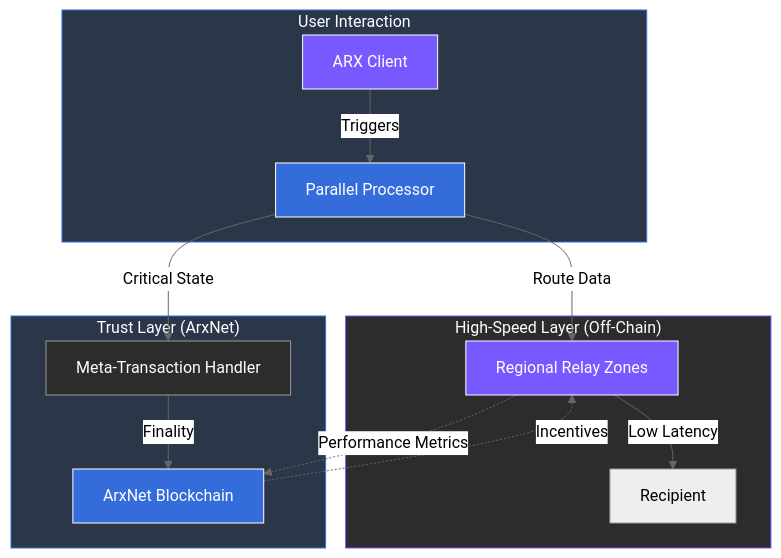
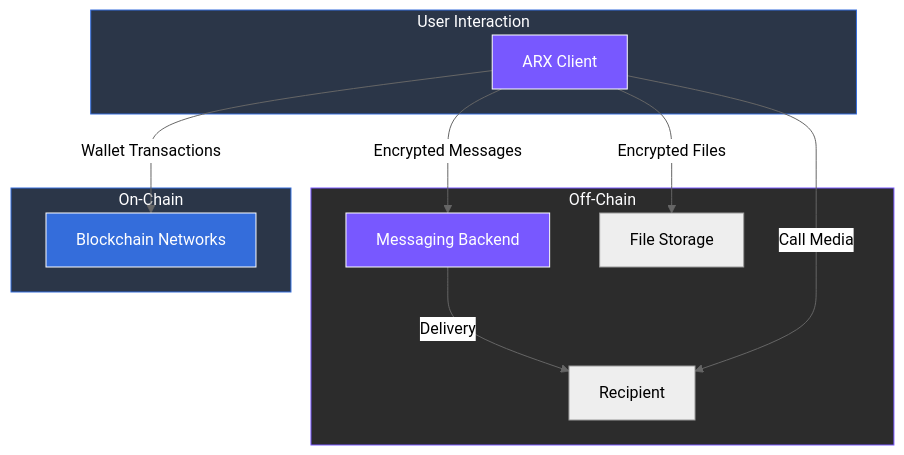
One commit to unusnullus/docs-xmtp-org changed the diagram in gitbook/home/5-system-architecture/5.6-scalability-and-performance.md. Above: the diagram before and after it, drawn with Mermaid (neutral theme). The commit also changed other lines of this file and 32 other files, not shown here.

````diff
--- a/gitbook/home/5-system-architecture/5.6-scalability-and-performance.md
+++ b/gitbook/home/5-system-architecture/5.6-scalability-and-performance.md
@@ -19,35 +12,30 @@
 ```mermaid
 graph TD
     %% Global Styling
     accTitle: ARX Scalability Architecture
-    accDescr: Visualizing how off-chain operations and parallel routing ensure high performance.
+    accDescr: Visualizing how off-chain messaging, direct media paths, and separate file uploads keep delivery fast.
 
     subgraph User_Request ["User Interaction"]
-        U[ARX Client] -->|Triggers| P[Parallel Processor]
+        U[ARX Client]
     end
 
-    subgraph Off_Chain_Flow ["High-Speed Layer (Off-Chain)"]
-        P -->|Route Data| Z[Regional Relay Zones]
-        Z -->|Low Latency| R[Recipient]
+    subgraph Off_Chain_Flow ["Off-Chain"]
+        U -->|Encrypted Messages| Z[Messaging Backend]
+        Z -->|Delivery| R[Recipient]
+        U -->|Call Media| R
+        U -->|Encrypted Files| F[File Storage]
     end
 
-    subgraph On_Chain_Flow ["Trust Layer (ArxNet)"]
-        P -->|Critical State| M[Meta-Transaction Handler]
-        M -->|Finality| B[ArxNet Blockchain]
+    subgraph On_Chain_Flow ["On-Chain"]
+        U -->|Wallet Transactions| B[Blockchain Networks]
     end
-
-    %% Performance Links
-    Z -.->|Performance Metrics| B
-    B -.->|Incentives| Z
 
     %% Apply Brand Palette
     style User_Request fill:#2B3648,stroke:#346ddb,color:#fefeff
     style Off_Chain_Flow fill:#2c2c2c,stroke:#7858ff,color:#fefeff
     style On_Chain_Flow fill:#2B3648,stroke:#346ddb,color:#fefeff
 
     style U fill:#7858ff,stroke:#fefeff,color:#fefeff
-    style P fill:#346ddb,stroke:#fefeff,color:#fefeff
     style Z fill:#7858ff,stroke:#fefeff,color:#fefeff
     style B fill:#346ddb,stroke:#fefeff,color:#fefeff
-    style M fill:#2c2c2c,color:#fefeff
 ```
````
